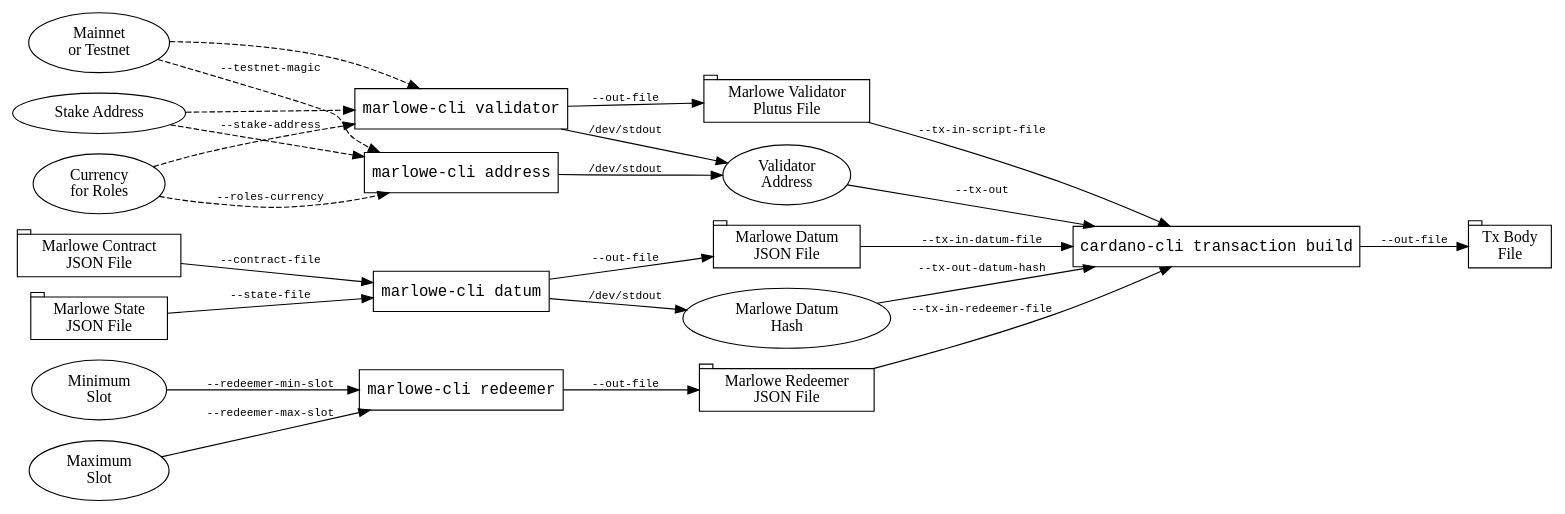
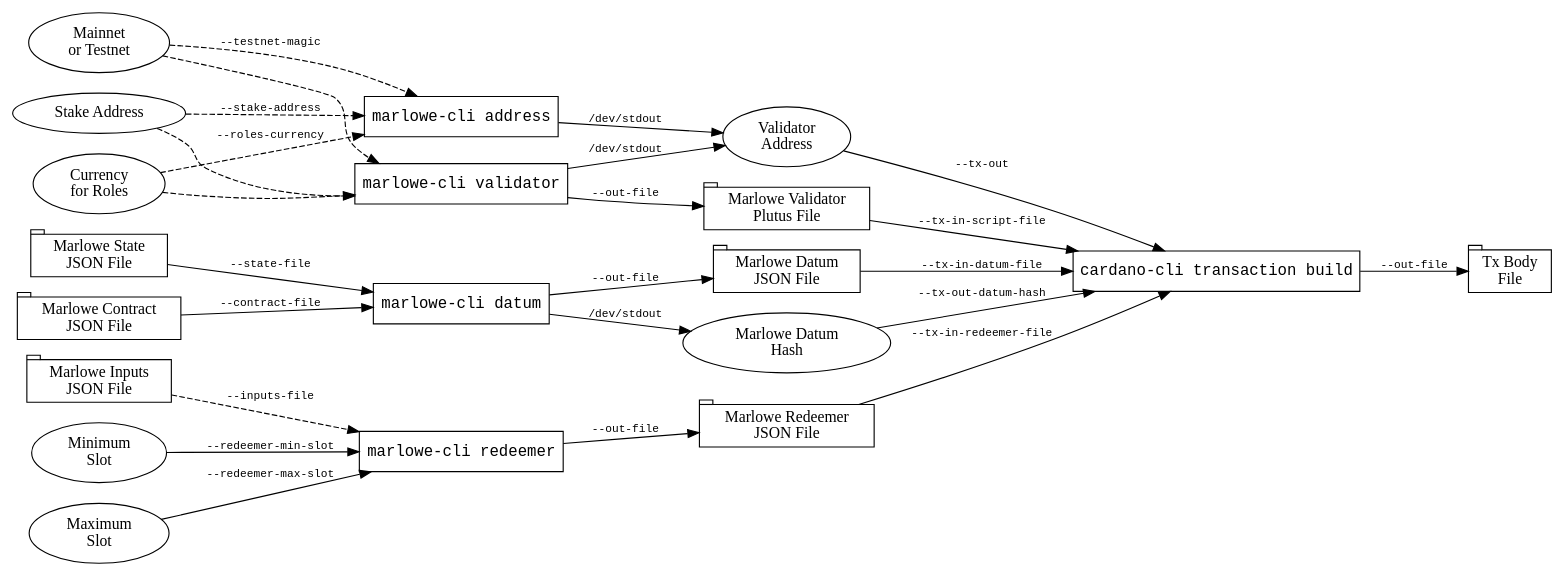
Before and after one commit to input-output-hk/marlowe-cardano: the diagram in marlowe/cli-doc/diagrams/workflow.dot, drawn with Graphviz. The commit also changed 9 other files, not shown here.

First line of the commit message:
SCP-3059 added missing option for redeemer inputs file

```diff
--- a/marlowe/cli-doc/diagrams/workflow.dot
+++ b/marlowe/cli-doc/diagrams/workflow.dot
@@ -1,82 +1,84 @@
 digraph {
 
 rankdir=LR
 
 
 Network       [label="Mainnet\nor Testnet"]
 StakeAddress  [label="Stake Address"      ]
 RolesCurrency [label="Currency\nfor Roles"]
 
 
 AddressCommand [label="marlowe-cli address", shape=box, fontname=monospace]
 
 
 Network       -> AddressCommand [label="--testnet-magic" , fontname=monospace, fontsize=10, style=dashed]
 StakeAddress  -> AddressCommand [label="--stake-address" , fontname=monospace, fontsize=10, style=dashed]
 RolesCurrency -> AddressCommand [label="--roles-currency", fontname=monospace, fontsize=10, style=dashed]
 
 
 ValidatorAddress [label="Validator\nAddress"]
 
 AddressCommand -> ValidatorAddress [label="/dev/stdout", fontname=monospace, fontsize=10]
 
 
 ValidatorCommand [label="marlowe-cli validator", shape=box, fontname=monospace]
 
 Network       -> ValidatorCommand [style=dashed]
 StakeAddress  -> ValidatorCommand [style=dashed]
 RolesCurrency -> ValidatorCommand [style=dashed]
 
 
 ValidatorFile [label="Marlowe Validator\nPlutus File", shape=tab]
 
 ValidatorCommand -> ValidatorAddress [label="/dev/stdout", fontname=monospace, fontsize=10]
 ValidatorCommand -> ValidatorFile    [label="--out-file" , fontname=monospace, fontsize=10]
 
 
 ContractFile [label="Marlowe Contract\nJSON File", shape=tab]
 StateFile    [label="Marlowe State\nJSON File"   , shape=tab]
 
 
 DatumCommand [label="marlowe-cli datum", shape=box, fontname=monospace]
 
 ContractFile -> DatumCommand [label="--contract-file", fontname=monospace, fontsize=10]
 StateFile    -> DatumCommand [label="--state-file"   , fontname=monospace, fontsize=10]
 
 
 DatumFile [label="Marlowe Datum\nJSON File", shape=tab]
 DatumHash [label="Marlowe Datum\nHash"                ]
 
 DatumCommand -> DatumFile [label="--out-file" , fontname=monospace, fontsize=10]
 DatumCommand -> DatumHash [label="/dev/stdout", fontname=monospace, fontsize=10]
 
 
-MinSlot [label="Minimum\nSlot"]
-MaxSlot [label="Maximum\nSlot"]
+InputsFile [label="Marlowe Inputs\nJSON File", shape=tab]
+MinSlot    [label="Minimum\nSlot"]
+MaxSlot    [label="Maximum\nSlot"]
 
 
 RedeemerCommand [label="marlowe-cli redeemer", shape=box, fontname=monospace]
 
-MinSlot -> RedeemerCommand [label="--redeemer-min-slot", fontname=monospace, fontsize=10]
-MaxSlot -> RedeemerCommand [label="--redeemer-max-slot", fontname=monospace, fontsize=10]
+InputsFile -> RedeemerCommand [label="--inputs-file"      , fontname=monospace, fontsize=10, style=dashed]
+MinSlot    -> RedeemerCommand [label="--redeemer-min-slot", fontname=monospace, fontsize=10]
+MaxSlot    -> RedeemerCommand [label="--redeemer-max-slot", fontname=monospace, fontsize=10]
 
 
 RedeemerFile [label="Marlowe Redeemer\nJSON File", shape=tab]
 
 RedeemerCommand -> RedeemerFile [label="--out-file", fontname=monospace, fontsize=10]
 
 
 CardanoCLI [label="cardano-cli transaction build", shape=box, fontname=monospace]
 
 ValidatorAddress -> CardanoCLI [label="--tx-out"             , fontname=monospace, fontsize=10]
 ValidatorFile    -> CardanoCLI [label="--tx-in-script-file"  , fontname=monospace, fontsize=10]
 DatumFile        -> CardanoCLI [label="--tx-in-datum-file"   , fontname=monospace, fontsize=10]
 RedeemerFile     -> CardanoCLI [label="--tx-in-redeemer-file", fontname=monospace, fontsize=10]
 DatumHash        -> CardanoCLI [label="--tx-out-datum-hash"  , fontname=monospace, fontsize=10]
 
 
 TxBodyFile [label="Tx Body\nFile", shape=tab]
 
 CardanoCLI -> TxBodyFile [label="--out-file", fontname=monospace, fontsize=10]
 
 }
```
